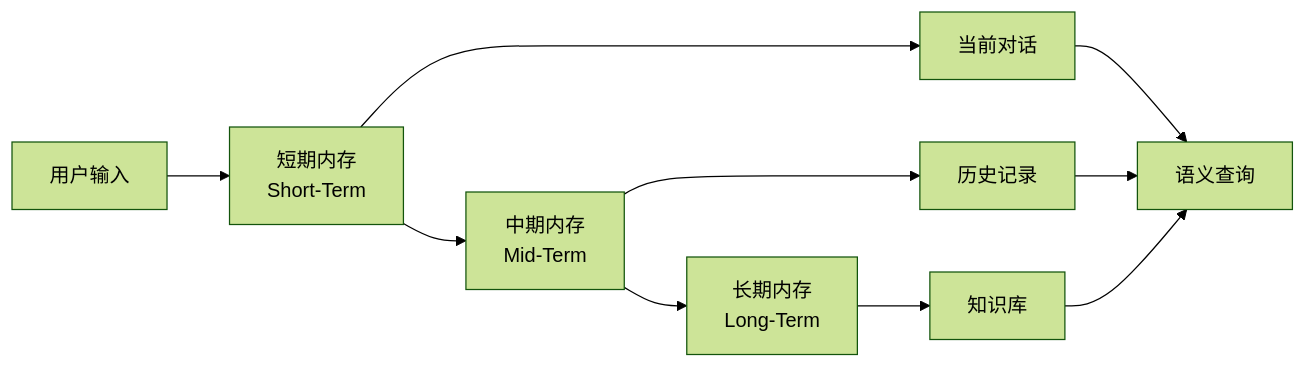
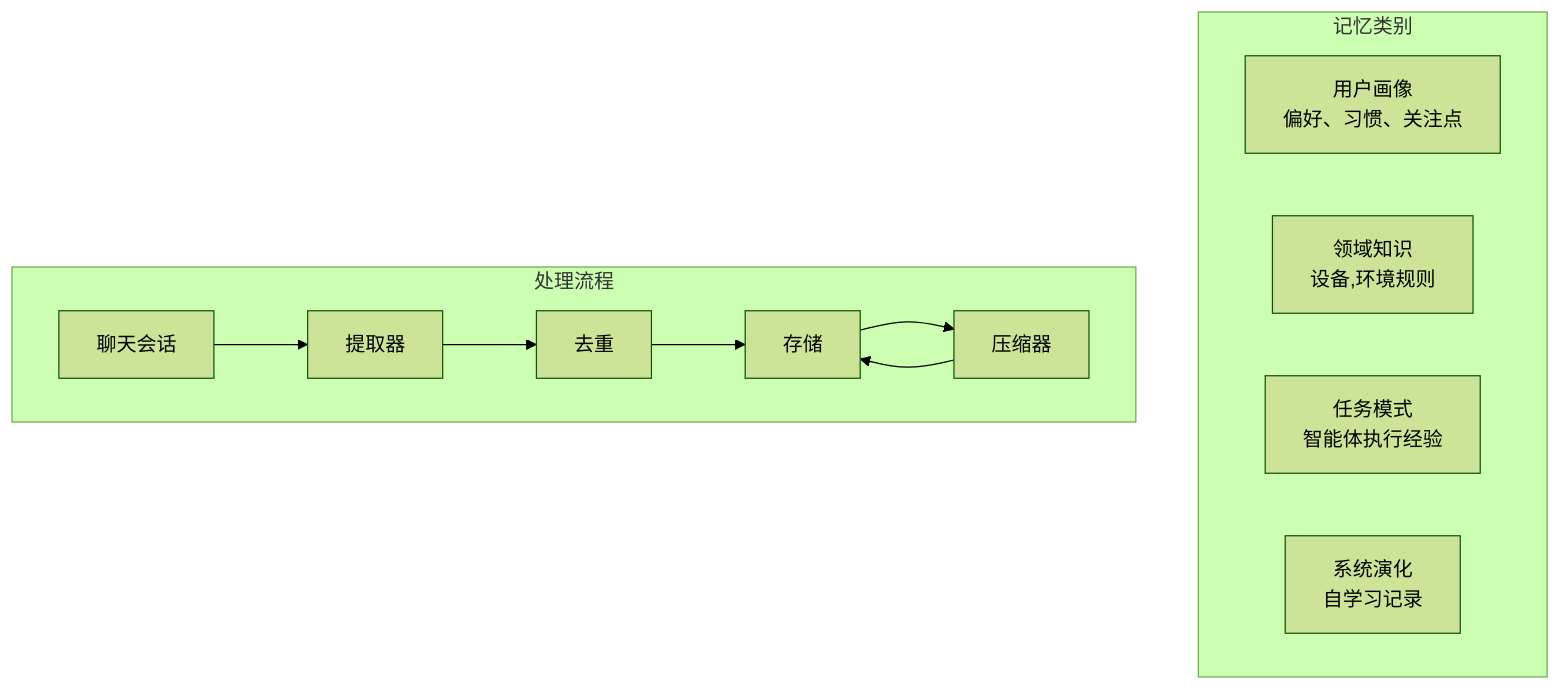
One commit to mingmingshen/NeoMind changed the diagram in docs/guides/zh/08-memory.md. Above: the diagram before and after it, drawn with Mermaid (forest theme). The commit also changed other lines of this file and 5 other files, not shown here.

````diff
--- a/docs/guides/zh/08-memory.md
+++ b/docs/guides/zh/08-memory.md
@@ -33,14 +17,16 @@
 ```mermaid
-graph LR
-    Input[用户输入] --> STM[短期内存<br/>Short-Term]
-    STM --> MTM[中期内存<br/>Mid-Term]
-    MTM --> LTM[长期内存<br/>Long-Term]
-
-    STM --> Curr[当前对话]
-    MTM --> Hist[历史记录]
-    LTM --> Know[知识库]
-
-    Curr --> Query[语义查询]
-    Hist --> Query
-    Know --> Query
+graph TB
+    subgraph "记忆类别"
+        UP[用户画像<br/>偏好、习惯、关注点]
+        DK[领域知识<br/>设备,环境规则]
+        TP[任务模式<br/>智能体执行经验]
+        SE[系统演化<br/>自学习记录]
+    end
+    subgraph "处理流程"
+        Chat[聊天会话] --> Extract[提取器]
+        Extract --> Dedup[去重]
+        Dedup --> Store[存储]
+        Store --> Compress[压缩器]
+        Compress --> Store
+    end
 ```
````
